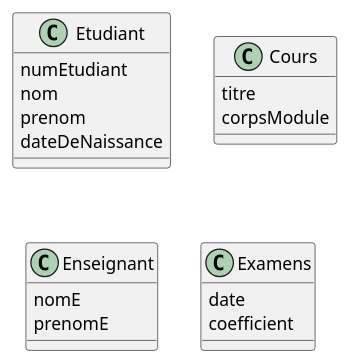
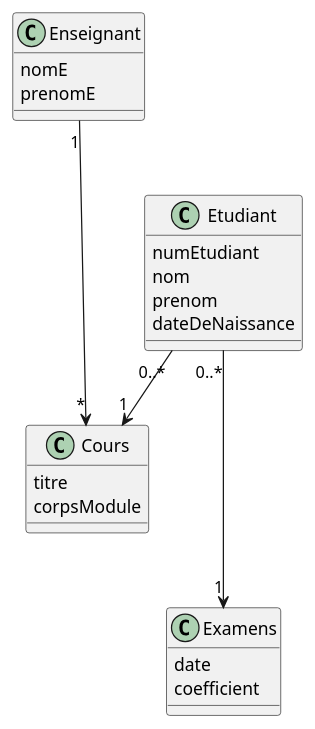
One commit to El-FaroukA/bcoo-El-FaroukA changed the diagram in TD 2.1.plantuml. Above: the diagram before and after it, drawn with PlantUML.

Commit message:
Fix #2.1: Diagramme de classes

```diff
--- a/TD 2.1.plantuml
+++ b/TD 2.1.plantuml
@@ -1,23 +1,27 @@
 @startuml
 class Etudiant {
     numEtudiant
     nom
     prenom
     dateDeNaissance
 } 
 
 class Cours {
     titre
     corpsModule
 }
 
  class Enseignant {
      nomE
      prenomE
  }
 
  class Examens {
      date
      coefficient
  }
+ 
+  Etudiant "0..*"--->"1" Examens
+ Enseignant "1" ---> "*" Cours
+ Etudiant "0..*" --> "1"Cours
 @enduml
```
